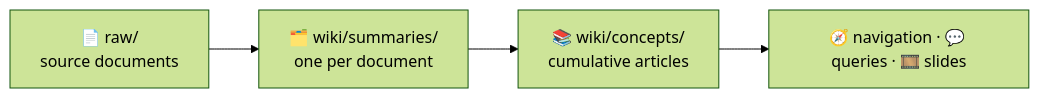
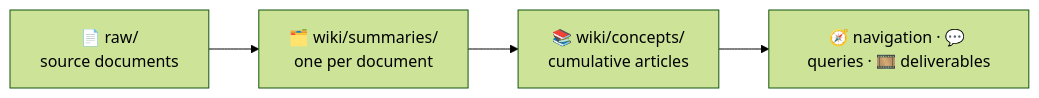
The diagram in README.md (tonypeng1/my-wiki-public), drawn with Mermaid (forest theme) before and after one commit. The commit also changed other lines of this file and 36 other files, not shown here.

````diff
--- a/README.md
+++ b/README.md
@@ -46,6 +46,6 @@
 ```mermaid
 flowchart LR
     R["📄 raw/<br/>source documents"] --> S["🗂️ wiki/summaries/<br/>one per document"]
     S --> C["📚 wiki/concepts/<br/>cumulative articles"]
-    C --> O["🧭 navigation · 💬 queries · 🎞️ slides"]
+    C --> O["🧭 navigation · 💬 queries · 🎞️ deliverables"]
 ```
````
